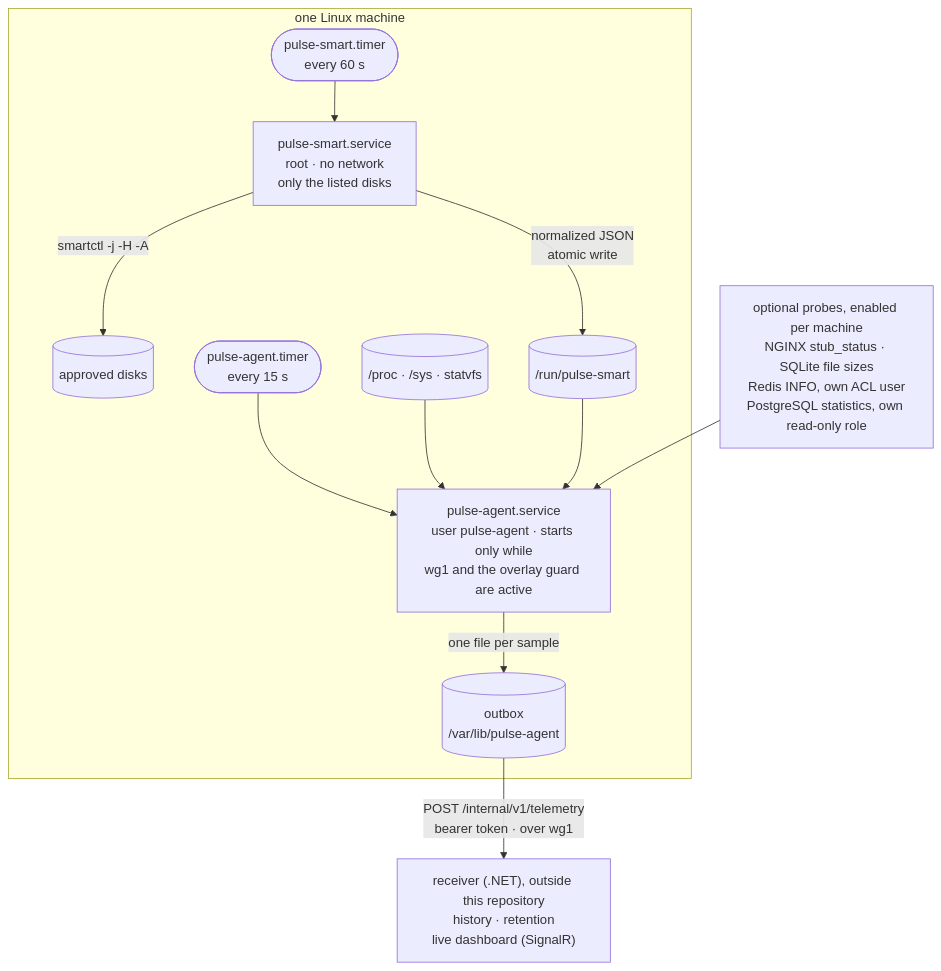
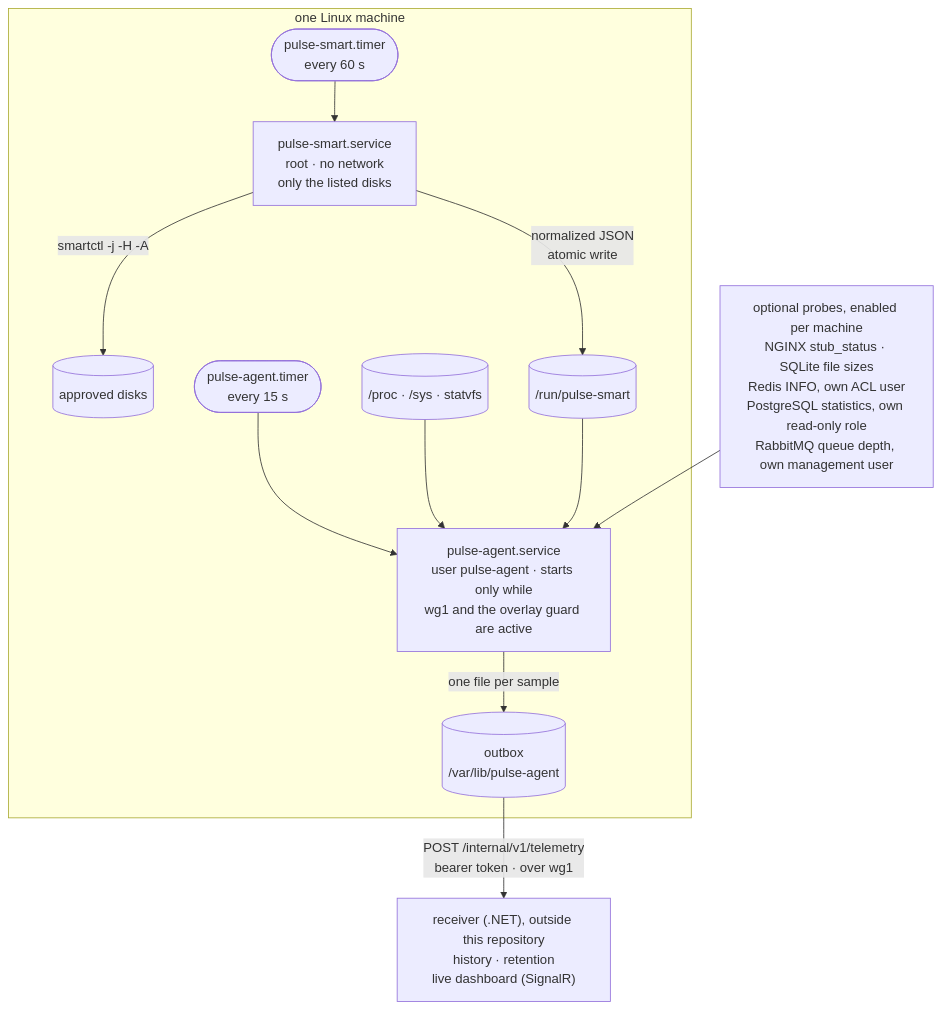
One commit to vpetukhov-wbss/homelab-infrastructure changed the first of 7 diagrams in apps/homelab-pulse/README.md. Above: the diagram before and after it, drawn with Mermaid. The commit also changed other lines of this file and 6 other files, not shown here.

```diff
--- a/apps/homelab-pulse/README.md
+++ b/apps/homelab-pulse/README.md
@@ -21,14 +21,14 @@
 ~~~mermaid
 flowchart TB
     subgraph host ["one Linux machine"]
         t2(["pulse-smart.timer<br/>every 60 s"]) --> smart["pulse-smart.service<br/>root · no network<br/>only the listed disks"]
         smart -- "smartctl -j -H -A" --> disks[("approved disks")]
         smart -- "normalized JSON<br/>atomic write" --> snap[("/run/pulse-smart")]
         t1(["pulse-agent.timer<br/>every 15 s"]) --> agent["pulse-agent.service<br/>user pulse-agent · starts only while<br/>wg1 and the overlay guard are active"]
         kernel[("/proc · /sys · statvfs")] --> agent
         snap --> agent
         agent -- "one file per sample" --> outbox[("outbox<br/>/var/lib/pulse-agent")]
     end
-    optional["optional probes, enabled per machine<br/>NGINX stub_status · SQLite file sizes<br/>Redis INFO, own ACL user<br/>PostgreSQL statistics, own read-only role"] --> agent
+    optional["optional probes, enabled per machine<br/>NGINX stub_status · SQLite file sizes<br/>Redis INFO, own ACL user<br/>PostgreSQL statistics, own read-only role<br/>RabbitMQ queue depth, own management user"] --> agent
     outbox -- "POST /internal/v1/telemetry<br/>bearer token · over wg1" --> api["receiver (.NET), outside this repository<br/>history · retention<br/>live dashboard (SignalR)"]
 ~~~
```
